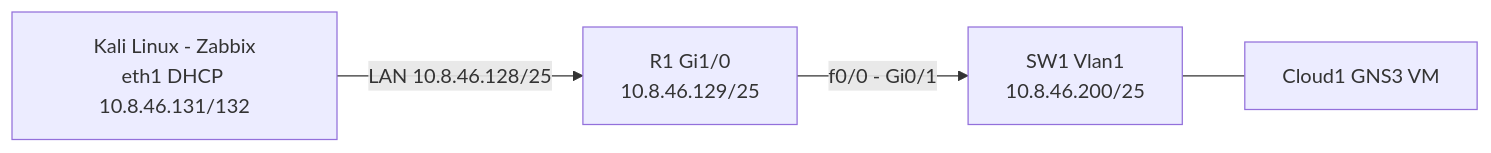
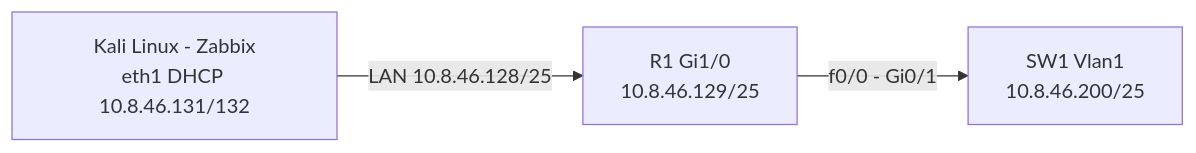
Before and after one commit to AbdLau/Seguridad-de-Redes---Practica-5: the diagram in README.md, drawn with Mermaid.

````diff
--- a/README.md
+++ b/README.md
@@ -13,6 +13,6 @@
 ```mermaid
 graph LR
     KALI[Kali Linux - Zabbix<br/>eth1 DHCP 10.8.46.131/132] -->|LAN 10.8.46.128/25| R1[R1 Gi1/0<br/>10.8.46.129/25]
     R1 -->|f0/0 - Gi0/1| SW1[SW1 Vlan1<br/>10.8.46.200/25]
-    SW1 --- CLOUD[Cloud1 GNS3 VM]
+    SW1
 ```
````
